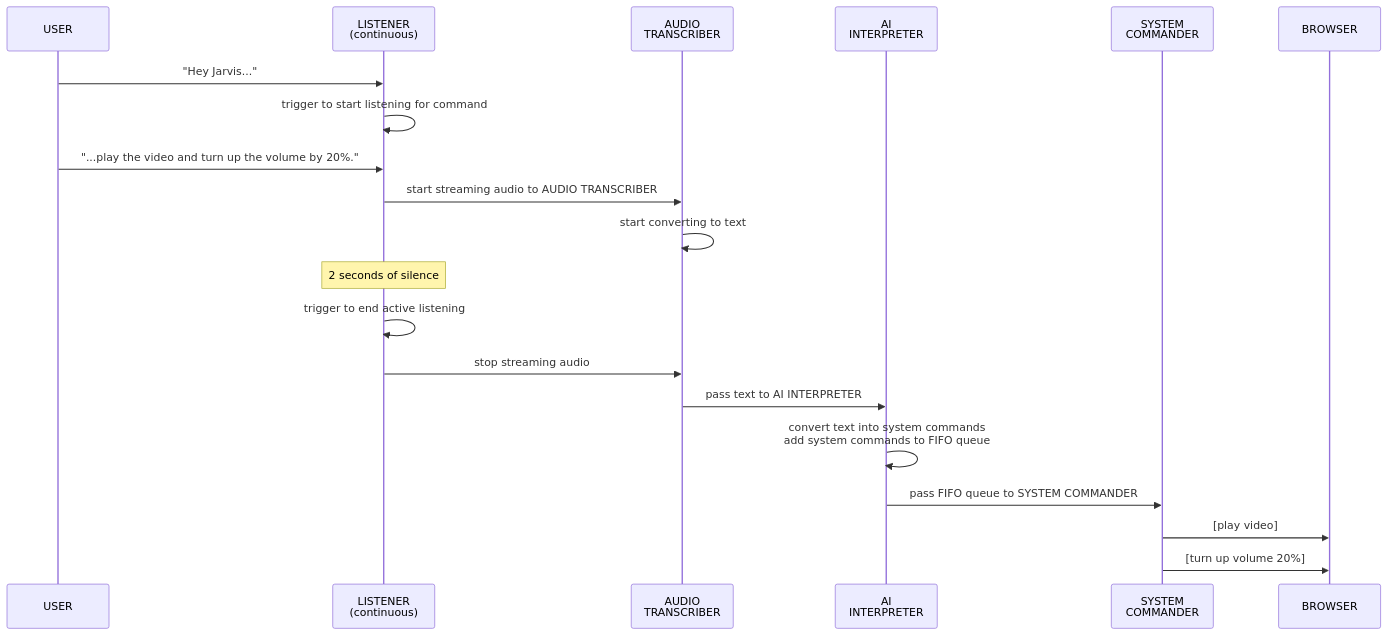
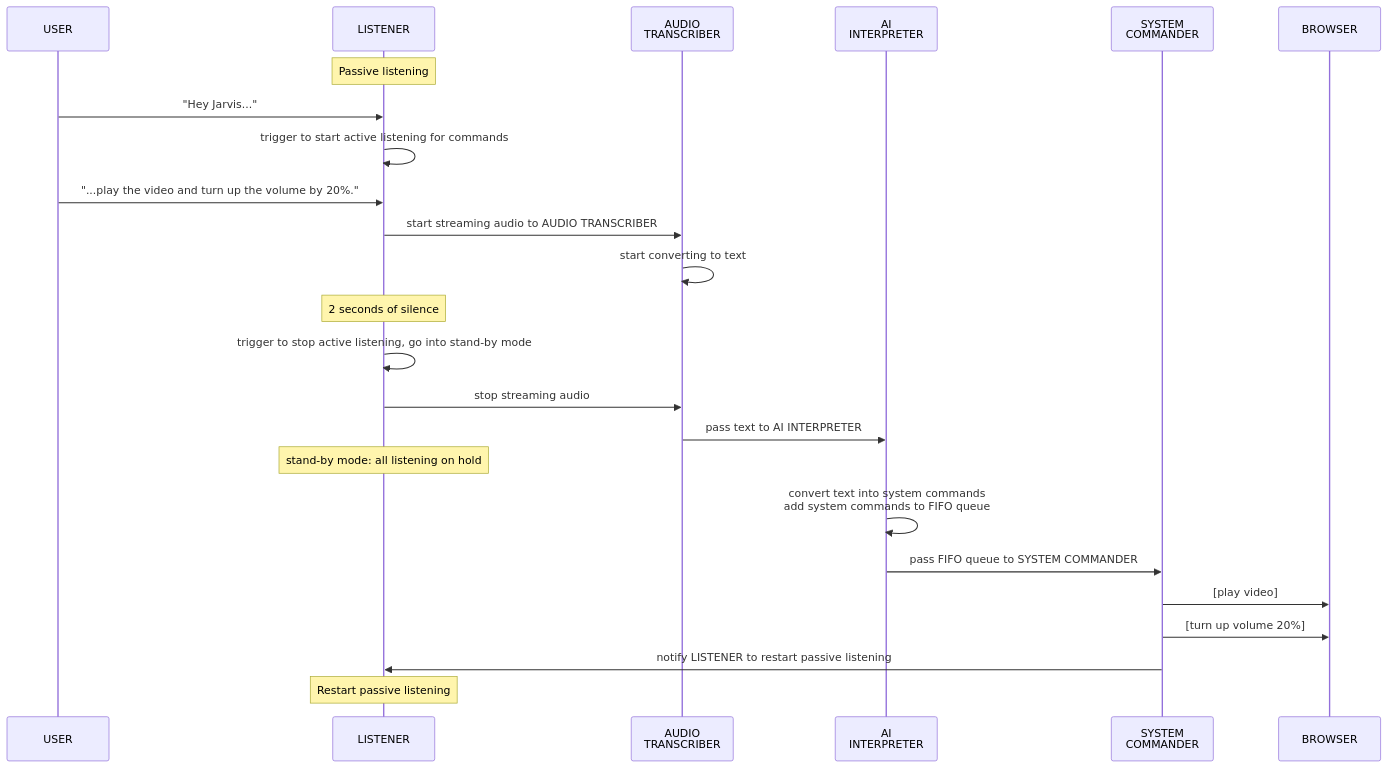
Before and after one commit to davidgardner11/ai-agents-hackathon-2026-02: the diagram in sequence-diagram_gpt5.2.md, drawn with Mermaid.

Commit message:
Refine sequence diagram for audio command processing

````diff
--- a/sequence-diagram_gpt5.2.md
+++ b/sequence-diagram_gpt5.2.md
@@ -1,34 +1,38 @@
 ```mermaid
 
 sequenceDiagram
     participant U as USER
-    participant L as LISTENER<br/>(continuous)
+    participant L as LISTENER
     participant AT as AUDIO<br/>TRANSCRIBER
     participant AI as AI<br/>INTERPRETER
     participant SC as SYSTEM<br/>COMMANDER
     participant B as BROWSER
 
+    Note over L: Passive listening
     U->>L: "Hey Jarvis..."
-
-    L->>L: trigger to start listening for command
-
+    L->>L: trigger to start active listening for commands
     U->>L: "...play the video and turn up the volume by 20%."
 
     L->>AT: start streaming audio to AUDIO TRANSCRIBER
     AT->>AT: start converting to text
 
     Note over L: 2 seconds of silence
-    L->>L: trigger to end active listening
+    L->>L: trigger to stop active listening, go into stand-by mode
     L->>AT: stop streaming audio
 
+
     AT->>AI: pass text to AI INTERPRETER
+    Note over L: stand-by mode: all listening on hold
 
     AI->>AI: convert text into system commands<br/>add system commands to FIFO queue
 
     AI->>SC: pass FIFO queue to SYSTEM COMMANDER
 
     SC->>B: [play video] 
 
-    SC->>B: [turn up volume 20%] 
+    SC->>B: [turn up volume 20%]
+
+    SC->>L: notify LISTENER to restart passive listening
+    Note over L: Restart passive listening
 
 ```
````
